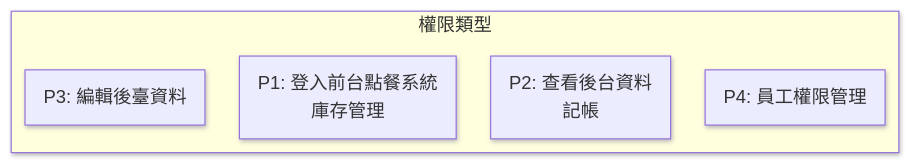
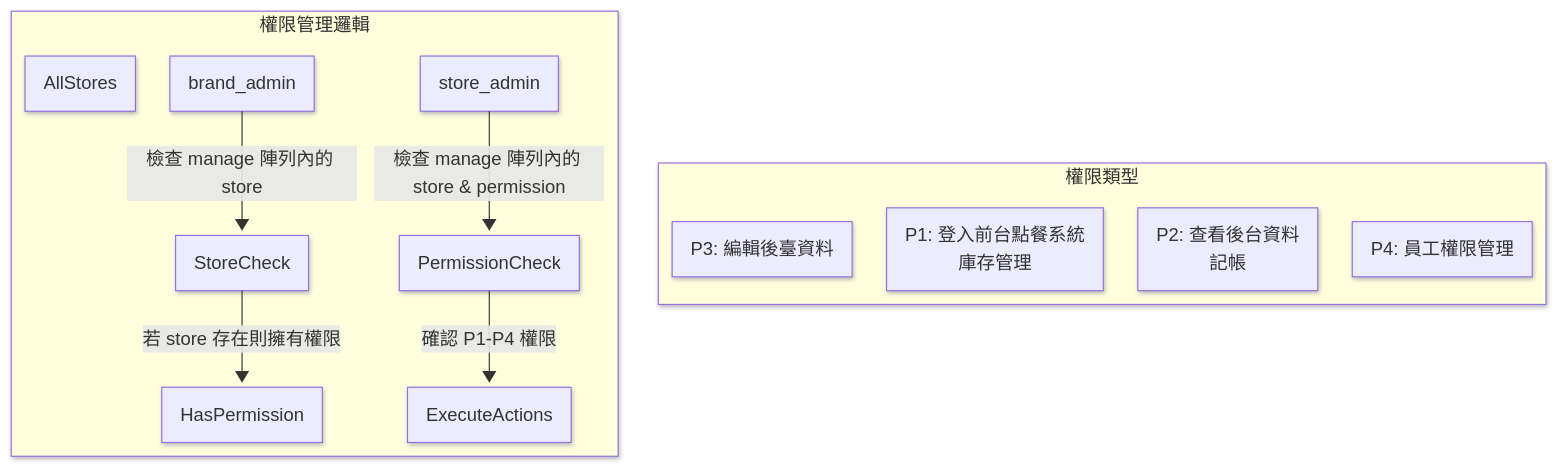
The second of 3 diagrams in README.md (RabbirReaper/online-order-system), drawn with Mermaid before and after one commit. The commit also changed other lines of this file, not shown here.

Commit message:
更新程式流程圖，移除權限類型子圖並新增權限管理邏輯

````diff
--- a/README.md
+++ b/README.md
@@ -210,15 +204,28 @@
 ```mermaid
 ---
 config:
   theme: default
   look: neo
   layout: elk
 ---
 flowchart TB
  subgraph s2["權限類型"]
         P1["P1: 登入前台點餐系統<br>庫存管理"]
         P2["P2: 查看後台資料<br>記帳"]
         P3["P3: 編輯後臺資料"]
         P4["P4: 員工權限管理"]
   end
+  subgraph PermissionLogic["權限管理邏輯"]
+        AllStores["AllStores"]
+        StoreCheck["StoreCheck"]
+        brand_admin["brand_admin"]
+        HasPermission["HasPermission"]
+        PermissionCheck["PermissionCheck"]
+        store_admin["store_admin"]
+        ExecuteActions["ExecuteActions"]
+  end
+  brand_admin -- 檢查 manage 陣列內的 store --> StoreCheck
+  StoreCheck -- 若 store 存在則擁有權限 --> HasPermission
+  store_admin -- 檢查 manage 陣列內的 store & permission --> PermissionCheck
+  PermissionCheck -- "確認 P1-P4 權限" --> ExecuteActions
 ```
````
